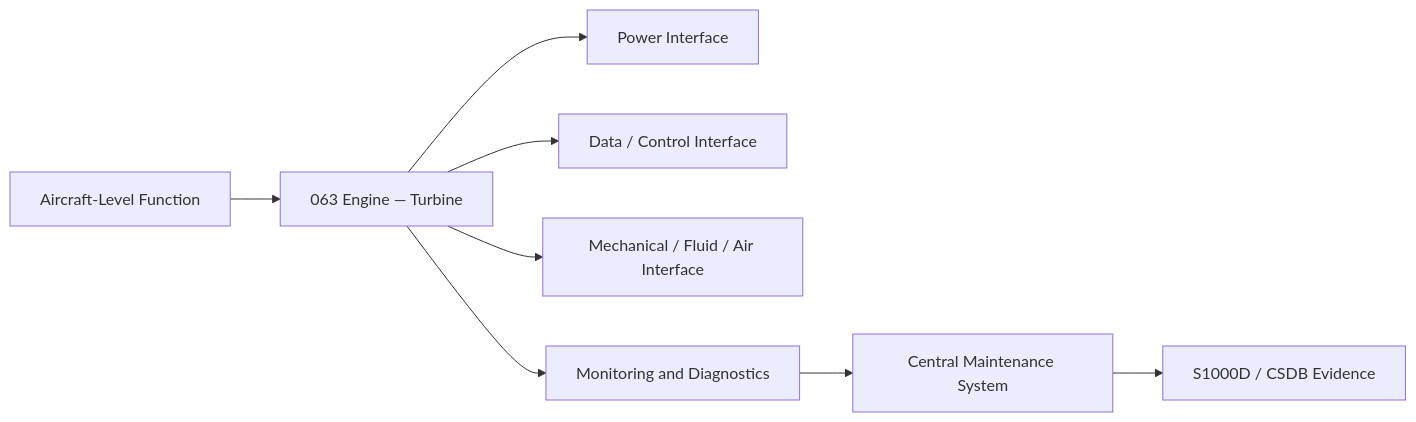
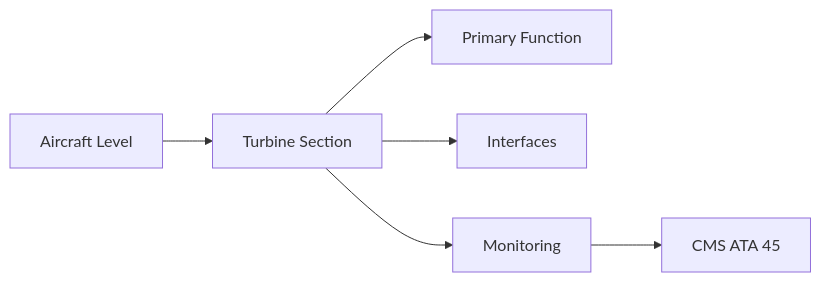
The first of 2 diagrams in Q+ATLANTIDE/000-099_ATLAS/060-069_Propulsion-Tradicional/063_Engine-Turbine/063-040-Turbine-Section.md (AmedeoPelliccia/Qplus-For-All-Queer-People-and-Quantum), drawn with Mermaid before and after one commit. The commit also changed other lines of this file and 74 other files, not shown here.

````diff
--- a/Q+ATLANTIDE/000-099_ATLAS/060-069_Propulsion-Tradicional/063_Engine-Turbine/063-040-Turbine-Section.md
+++ b/Q+ATLANTIDE/000-099_ATLAS/060-069_Propulsion-Tradicional/063_Engine-Turbine/063-040-Turbine-Section.md
@@ -153,10 +83,8 @@
 ```mermaid
 flowchart LR
-    A[Aircraft-Level Function] --> B[063 Engine — Turbine]
-    B --> C[Power Interface]
-    B --> D[Data / Control Interface]
-    B --> E[Mechanical / Fluid / Air Interface]
-    B --> F[Monitoring and Diagnostics]
-    F --> G[Central Maintenance System]
-    G --> H[S1000D / CSDB Evidence]
+    A[Aircraft Level] --> B[Turbine Section]
+    B --> C[Primary Function]
+    B --> D[Interfaces]
+    B --> E[Monitoring]
+    E --> F[CMS ATA 45]
 ```
````
